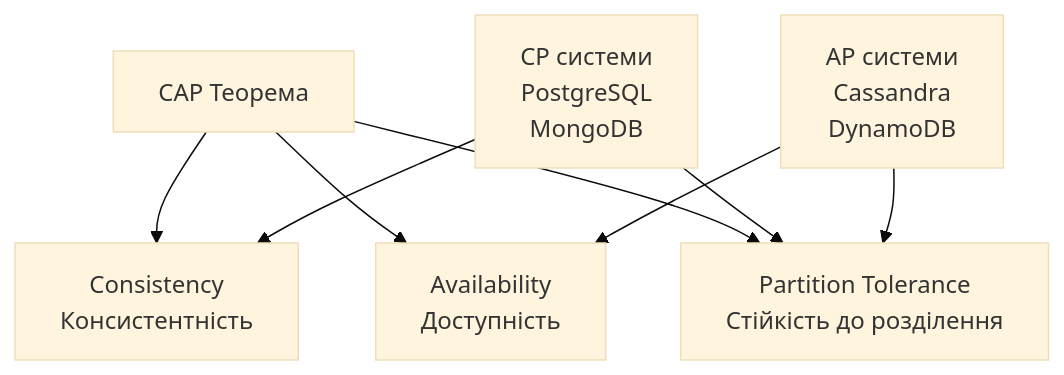
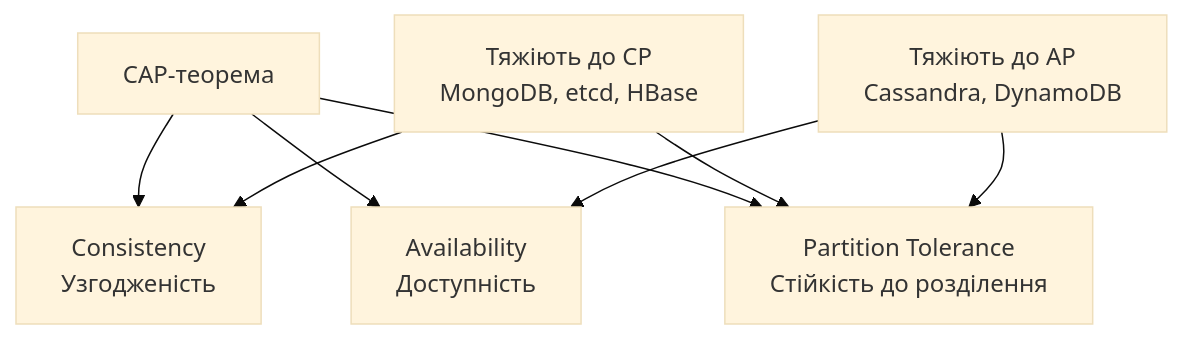
Before and after one commit to olroi421/course-opi-v2: the second of 7 diagrams in lectures/lecture-10.md, drawn with Mermaid (base theme). The commit also changed other lines of this file and 10 other files, not shown here.

````diff
--- a/lectures/lecture-10.md
+++ b/lectures/lecture-10.md
@@ -146,12 +249,12 @@
 ```mermaid
 graph TB
-    A[CAP Теорема] --> B[Consistency<br/>Консистентність]
-    A --> C[Availability<br/>Доступність]
-    A --> D[Partition Tolerance<br/>Стійкість до розділення]
+    A["CAP-теорема"] --> B["Consistency<br/>Узгодженість"]
+    A --> C["Availability<br/>Доступність"]
+    A --> D["Partition Tolerance<br/>Стійкість до розділення"]
 
-    E[CP системи<br/>PostgreSQL<br/>MongoDB] --> B
+    E["Тяжіють до CP<br/>MongoDB, etcd, HBase"] --> B
     E --> D
 
-    F[AP системи<br/>Cassandra<br/>DynamoDB] --> C
+    F["Тяжіють до AP<br/>Cassandra, DynamoDB"] --> C
     F --> D
 ```
````
